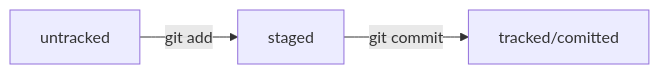
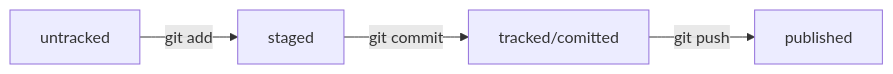
One commit to StRavenwing/first-project changed the second of 2 diagrams in README.md. Above: the diagram before and after it, drawn with Mermaid. The commit also changed other lines of this file, not shown here.

````diff
--- a/README.md
+++ b/README.md
@@ -30,7 +29,8 @@
 ```mermaid
 graph LR;
 %% commits
 untracked -- "git add" --> staged;
   staged    -- "git commit"     --> tracked/comitted;
+  tracked/comitted -- "git push" --> published;
 
 ```
````
